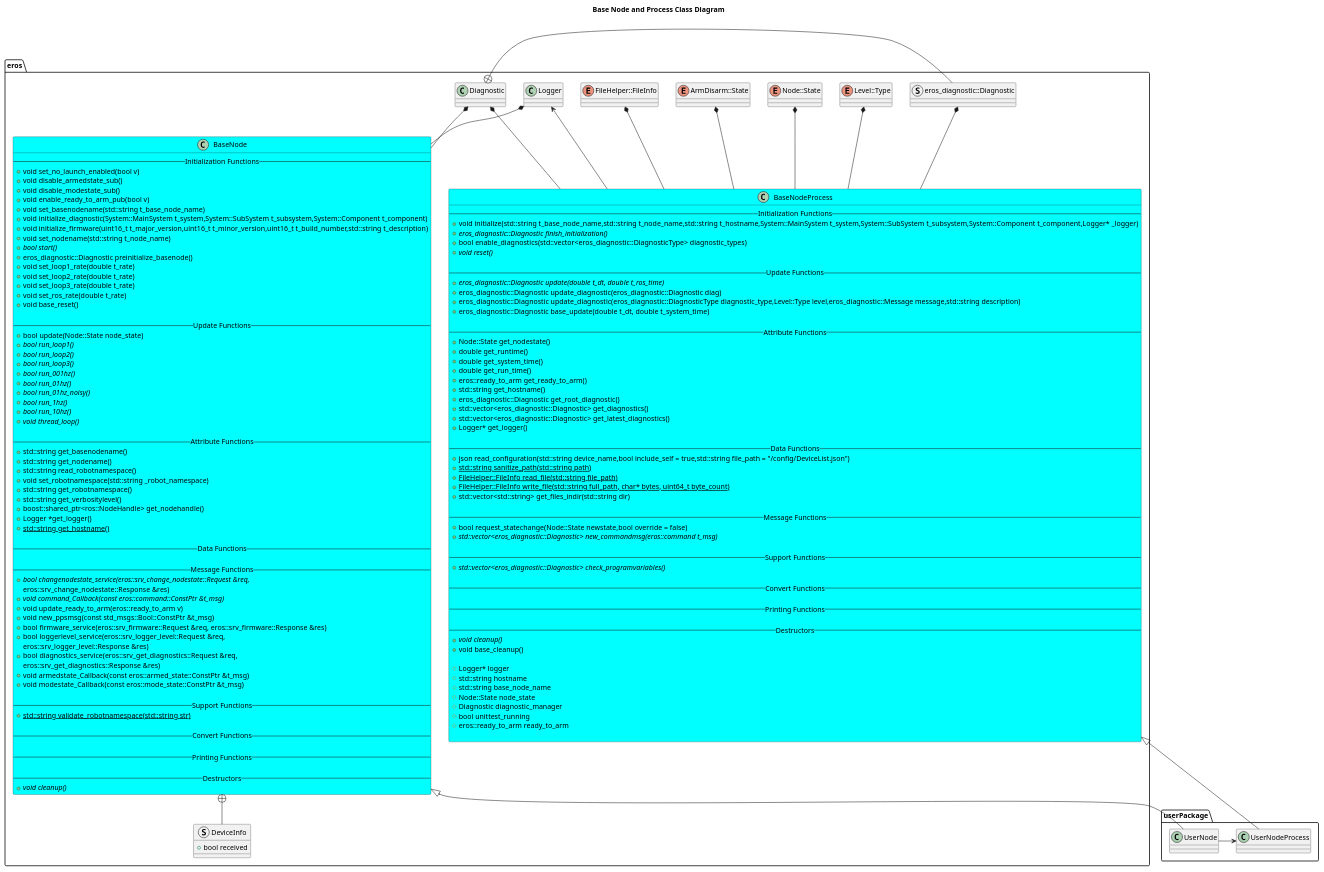
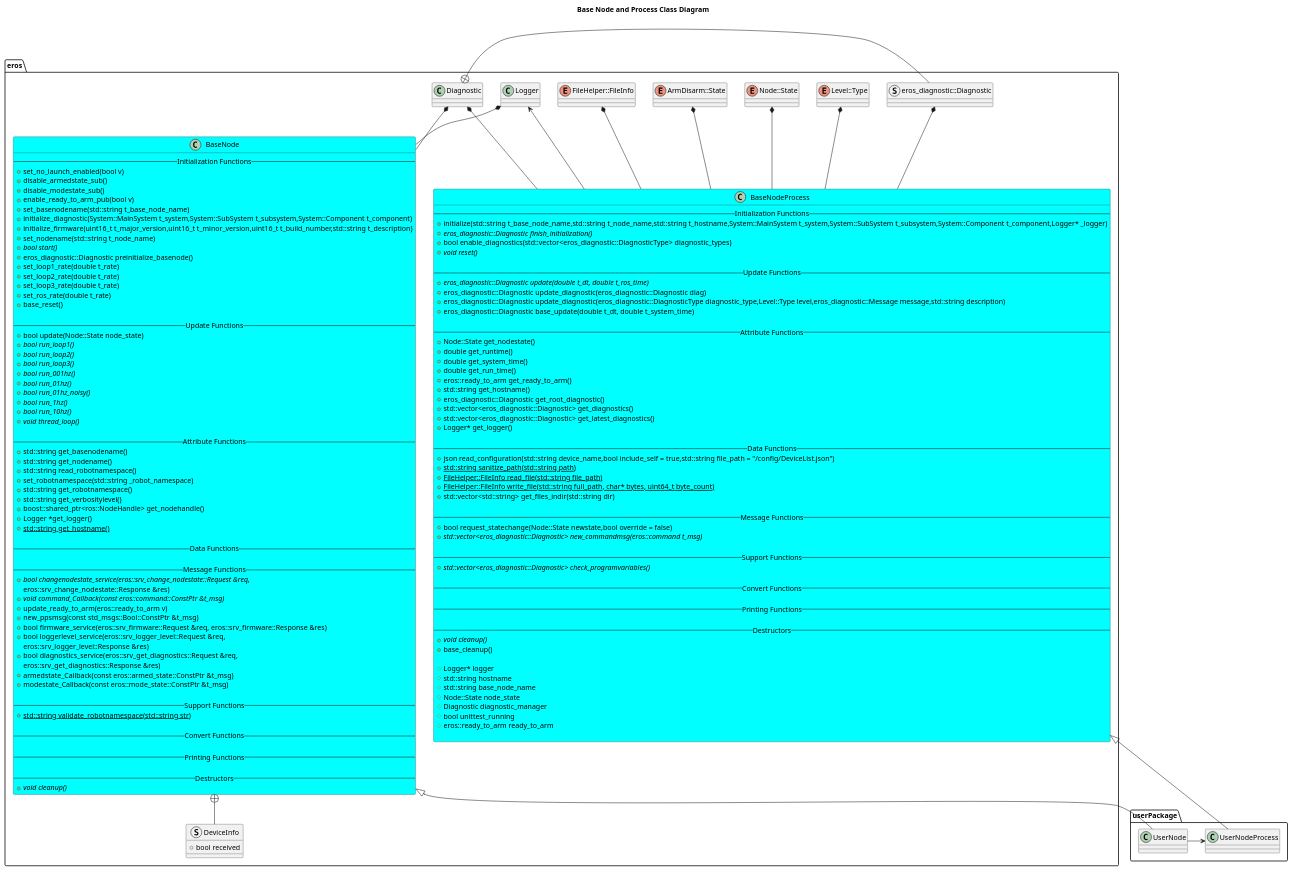
Before and after one commit to dgitz/eros: the diagram in include/eros/doc/BaseNodeClassDiagram.puml, drawn with PlantUML. The commit also changed 47 other files, not shown here.

First line of the commit message:
Bug 1378 missing node class diagrams (#253)

```diff
--- a/include/eros/doc/BaseNodeClassDiagram.puml
+++ b/include/eros/doc/BaseNodeClassDiagram.puml
@@ -1,159 +1,159 @@
 @startuml
 title Base Node and Process Class Diagram
 package eros {
     together {
         enum Level::Type
         struct eros_diagnostic::Diagnostic
         enum Node::State
         class Logger
         enum ArmDisarm::State
         enum FileHelper::FileInfo
         class Diagnostic
     }
 
     Logger <-- BaseNodeProcess
     Level::Type *-- BaseNodeProcess
     eros_diagnostic::Diagnostic *-- BaseNodeProcess
     Node::State *-- BaseNodeProcess
     ArmDisarm::State *-- BaseNodeProcess
     FileHelper::FileInfo *-- BaseNodeProcess
     Diagnostic *-- BaseNodeProcess
     Diagnostic *-- BaseNode
     Logger *-- BaseNode
     Diagnostic +- eros_diagnostic::Diagnostic
     class BaseNodeProcess #Cyan {
         -- Initialization Functions --
-        +void initialize(std::string t_base_node_name,std::string t_node_name,std::string t_hostname,System::MainSystem t_system,System::SubSystem t_subsystem,System::Component t_component,Logger* _logger)
+        +initialize(std::string t_base_node_name,std::string t_node_name,std::string t_hostname,System::MainSystem t_system,System::SubSystem t_subsystem,System::Component t_component,Logger* _logger)
         +{abstract} eros_diagnostic::Diagnostic finish_initialization()
         +bool enable_diagnostics(std::vector<eros_diagnostic::DiagnosticType> diagnostic_types)
         +{abstract} void reset()
 
         -- Update Functions --
         +{abstract} eros_diagnostic::Diagnostic update(double t_dt, double t_ros_time)
         +eros_diagnostic::Diagnostic update_diagnostic(eros_diagnostic::Diagnostic diag)
         +eros_diagnostic::Diagnostic update_diagnostic(eros_diagnostic::DiagnosticType diagnostic_type,Level::Type level,eros_diagnostic::Message message,std::string description)
         +eros_diagnostic::Diagnostic base_update(double t_dt, double t_system_time)
 
         -- Attribute Functions --
         +Node::State get_nodestate()
         +double get_runtime()
         +double get_system_time() 
         +double get_run_time()
         +eros::ready_to_arm get_ready_to_arm()
         +std::string get_hostname()
         +eros_diagnostic::Diagnostic get_root_diagnostic()
         +std::vector<eros_diagnostic::Diagnostic> get_diagnostics()
         +std::vector<eros_diagnostic::Diagnostic> get_latest_diagnostics()
         +Logger* get_logger()
 
         -- Data Functions --
         +json read_configuration(std::string device_name,bool include_self = true,std::string file_path = "~/config/DeviceList.json")
         +{static} std::string sanitize_path(std::string path)
         +{static} FileHelper::FileInfo read_file(std::string file_path)
         +{static} FileHelper::FileInfo write_file(std::string full_path, char* bytes, uint64_t byte_count)
         +std::vector<std::string> get_files_indir(std::string dir)
 
         -- Message Functions --
         +bool request_statechange(Node::State newstate,bool override = false)
         +{abstract} std::vector<eros_diagnostic::Diagnostic> new_commandmsg(eros::command t_msg)
         
         -- Support Functions --
         +{abstract} std::vector<eros_diagnostic::Diagnostic> check_programvariables() 
 
         -- Convert Functions --
         
         -- Printing Functions --
 
         -- Destructors --
         +{abstract} void cleanup()
-        +void base_cleanup()
+        +base_cleanup()
   
         #Logger* logger
         #std::string hostname
         #std::string base_node_name
         #Node::State node_state
         #Diagnostic diagnostic_manager
         #bool unittest_running
         #eros::ready_to_arm ready_to_arm
 
     }
     struct DeviceInfo {
         +bool received
     }
     class BaseNode #Cyan {
         -- Initialization Functions --
-        +void set_no_launch_enabled(bool v)
-        +void disable_armedstate_sub()
-        +void disable_modestate_sub()
-        +void enable_ready_to_arm_pub(bool v)
-        +void set_basenodename(std::string t_base_node_name)
-        +void initialize_diagnostic(System::MainSystem t_system,System::SubSystem t_subsystem,System::Component t_component)
-        +void initialize_firmware(uint16_t t_major_version,uint16_t t_minor_version,uint16_t t_build_number,std::string t_description)
-        +void set_nodename(std::string t_node_name)
+        +set_no_launch_enabled(bool v)
+        +disable_armedstate_sub()
+        +disable_modestate_sub()
+        +enable_ready_to_arm_pub(bool v)
+        +set_basenodename(std::string t_base_node_name)
+        +initialize_diagnostic(System::MainSystem t_system,System::SubSystem t_subsystem,System::Component t_component)
+        +initialize_firmware(uint16_t t_major_version,uint16_t t_minor_version,uint16_t t_build_number,std::string t_description)
+        +set_nodename(std::string t_node_name)
         +{abstract} bool start()
         +eros_diagnostic::Diagnostic preinitialize_basenode()
-        +void set_loop1_rate(double t_rate)
-        +void set_loop2_rate(double t_rate)
-        +void set_loop3_rate(double t_rate)
-        +void set_ros_rate(double t_rate)
-        +void base_reset()
+        +set_loop1_rate(double t_rate)
+        +set_loop2_rate(double t_rate)
+        +set_loop3_rate(double t_rate)
+        +set_ros_rate(double t_rate)
+        +base_reset()
 
         -- Update Functions --
         +bool update(Node::State node_state)
         +{abstract} bool run_loop1()
         +{abstract} bool run_loop2()
         +{abstract} bool run_loop3()
         +{abstract} bool run_001hz()
         +{abstract} bool run_01hz()
         +{abstract} bool run_01hz_noisy()
         +{abstract} bool run_1hz()
         +{abstract} bool run_10hz()
         +{abstract} void thread_loop()
 
         -- Attribute Functions --
         +std::string get_basenodename()
         +std::string get_nodename()
         +std::string read_robotnamespace()
-        +void set_robotnamespace(std::string _robot_namespace)
+        +set_robotnamespace(std::string _robot_namespace)
         +std::string get_robotnamespace()
         +std::string get_verbositylevel()
         +boost::shared_ptr<ros::NodeHandle> get_nodehandle()
         +Logger *get_logger()
         +{static} std::string get_hostname()
 
         -- Data Functions --
 
         -- Message Functions --
         +{abstract} bool changenodestate_service(eros::srv_change_nodestate::Request &req,
                                             eros::srv_change_nodestate::Response &res)
         +{abstract} void command_Callback(const eros::command::ConstPtr &t_msg)
-        +void update_ready_to_arm(eros::ready_to_arm v)
-        +void new_ppsmsg(const std_msgs::Bool::ConstPtr &t_msg)
+        +update_ready_to_arm(eros::ready_to_arm v)
+        +new_ppsmsg(const std_msgs::Bool::ConstPtr &t_msg)
         +bool firmware_service(eros::srv_firmware::Request &req, eros::srv_firmware::Response &res)
         +bool loggerlevel_service(eros::srv_logger_level::Request &req,
                                 eros::srv_logger_level::Response &res)
         +bool diagnostics_service(eros::srv_get_diagnostics::Request &req,
                                 eros::srv_get_diagnostics::Response &res)
-        +void armedstate_Callback(const eros::armed_state::ConstPtr &t_msg)
-        +void modestate_Callback(const eros::mode_state::ConstPtr &t_msg)
+        +armedstate_Callback(const eros::armed_state::ConstPtr &t_msg)
+        +modestate_Callback(const eros::mode_state::ConstPtr &t_msg)
 
         -- Support Functions --
         +{static} std::string validate_robotnamespace(std::string str)
 
         -- Convert Functions --
         
         -- Printing Functions --
 
         -- Destructors --
         +{abstract} void cleanup()
     }
     BaseNode +-- DeviceInfo
 }
 package userPackage {
     class UserNodeProcess
     class UserNode
     BaseNode <|-- UserNode
     BaseNodeProcess <|-- UserNodeProcess
     UserNode -> UserNodeProcess 
 }
 @enduml
```
